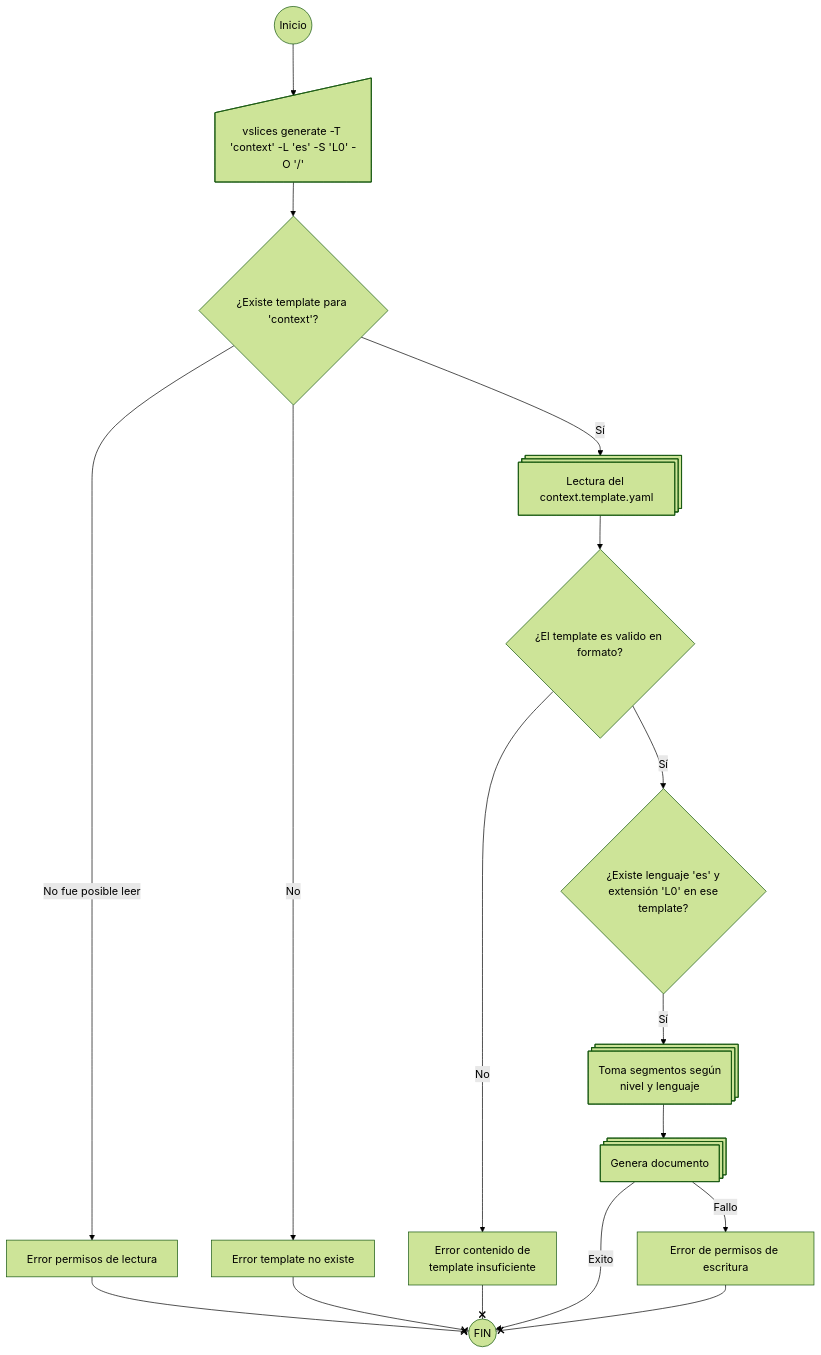
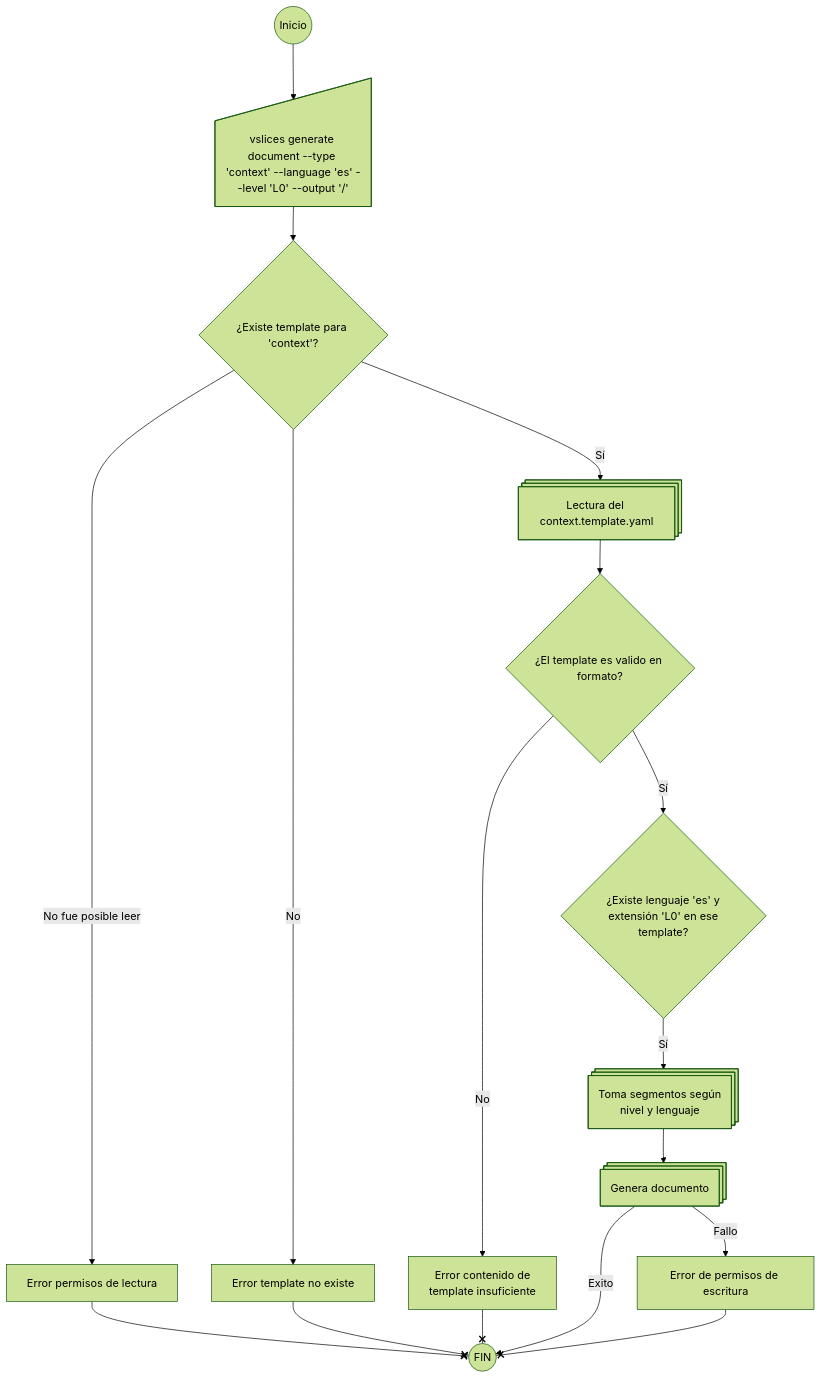
One commit to vslices/tooling changed the diagram in docs/iteration 1/planning/flow.use-case.template-generation.md. Above: the diagram before and after it, drawn with Mermaid (forest theme). The commit also changed other lines of this file and 4 other files, not shown here.

````diff
--- a/docs/iteration 1/planning/flow.use-case.template-generation.md
+++ b/docs/iteration 1/planning/flow.use-case.template-generation.md
@@ -52,33 +52,33 @@
 ```mermaid
 flowchart TB
   IN((Inicio)) 
-  INPUT@{ shape: manual-input, label: "vslices generate -T 'context' -L 'es' -S 'L0' -O '/'"}
+  INPUT@{ shape: manual-input, label: "vslices generate document --type 'context' --language 'es' --level 'L0' --output '/'"}
   VERIF1@{ shape: diamond, label: "¿Existe template para 'context'?"}
   PROC1@{ shape: procs, label: "Lectura del context.template.yaml" }
   
   VERIF2@{ shape: diamond, label: "¿El template es valido en formato?"}
   VERIF3@{ shape: diamond, label: "¿Existe lenguaje 'es' y<br/> extensión 'L0' en ese template?"}
   PROC2@{ shape: procs, label: "Toma segmentos según<br/>nivel y lenguaje" }
   PROC3@{ shape: procs, label: "Genera documento" }
 
   FI((FIN))
 
   EPL[Error permisos de lectura]
   ETN[Error template no existe]
   ECTI[Error contenido de <br/>template insuficiente]
   EPE[Error de permisos de escritura]
 
   IN--> INPUT --> VERIF1
   VERIF1 -- Sí --> PROC1
   VERIF1 -- No fue posible leer --> EPL --x FI
   VERIF1 -- No --> ETN --x FI
 
   PROC1 --> VERIF2
   VERIF2 -- Sí --> VERIF3
   VERIF2 -- No --> ECTI --x FI
   
   VERIF3 -- Sí --> PROC2 --> PROC3
   PROC3 -- Exito --> FI
   PROC3 -- Fallo --> EPE --x FI
 
 ```
````
